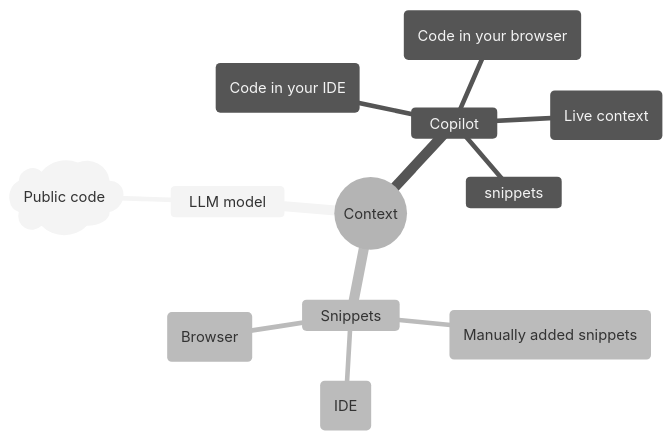
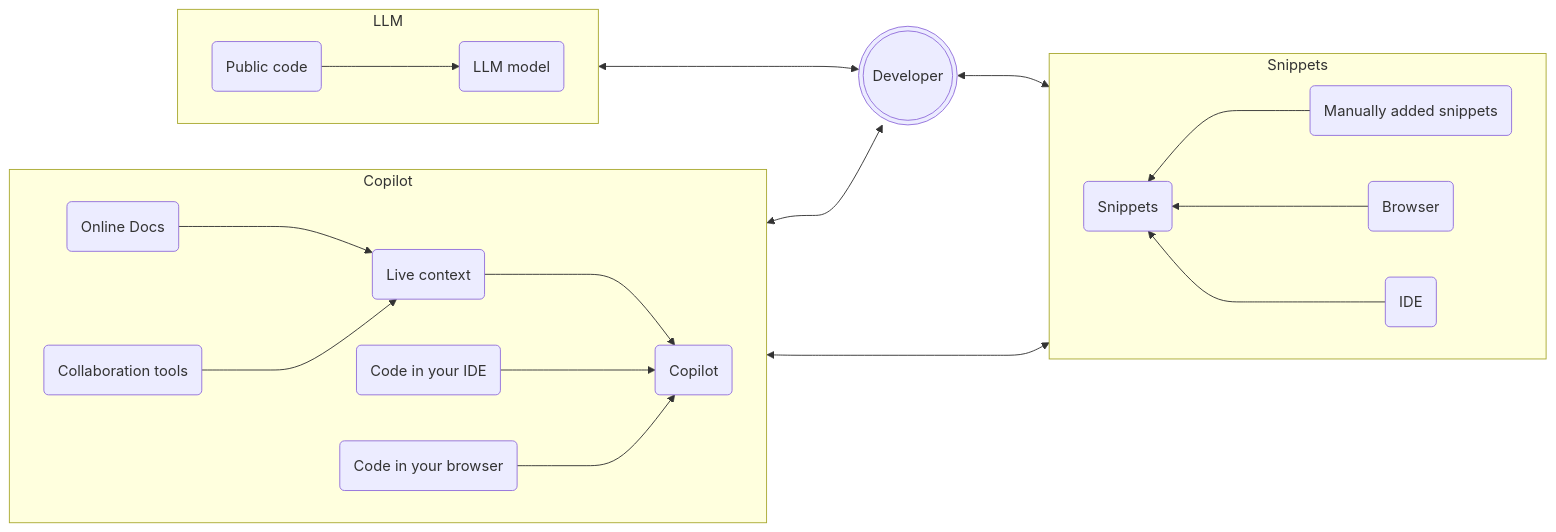
Before and after one commit to pieces-app/workshops: the seventh of 7 diagrams in 10x-developer-productivity/slides.md, drawn with Mermaid. The commit also changed other lines of this file and 1 other file, not shown here.

Commit message:
Improving mermaid diagrams

````diff
--- a/10x-developer-productivity/slides.md
+++ b/10x-developer-productivity/slides.md
@@ -444,16 +477,26 @@
 ```mermaid
-%%{init: {'theme': 'neutral' } }%%
-mindmap
-  root((Context))
-    LLM model
-      public-cloud)Public code(
-    Copilot
-      code-ide(Code in your IDE)
-      web(Code in your browser)
-      snippets
-      live-context(Live context)
-    Snippets
-      manual-snippet(Manually added snippets)
-      browser-snippet(Browser)
-      browser-snippet(IDE)
+flowchart LR
+    subgraph LLM
+        direction LR
+        public-cloud(Public code)--->llm-model(LLM model)
+    end
+    subgraph Copilot
+        direction LR
+        documentation(Online Docs)--->live-context(Live context)
+        collab(Collaboration tools)--->live-context(Live context)
+        live-context(Live context)--->copilot-ide(Copilot)
+        code-ide(Code in your IDE)--->copilot-ide(Copilot)
+        web(Code in your browser)--->copilot-ide(Copilot)
+    end
+    subgraph Snippets
+        direction RL
+        snippets(Snippets)
+        manual-snippet(Manually added snippets)--->snippets(Snippets)
+        browser-snippet(Browser)--->snippets(Snippets)
+        ide-snippet(IDE)--->snippets(Snippets)
+    end
+    LLM<--->context(((Developer)))
+    Copilot<--->context(((Developer)))
+    context(((Developer)))<--->Snippets
+    Copilot<--->Snippets
 ```
````
